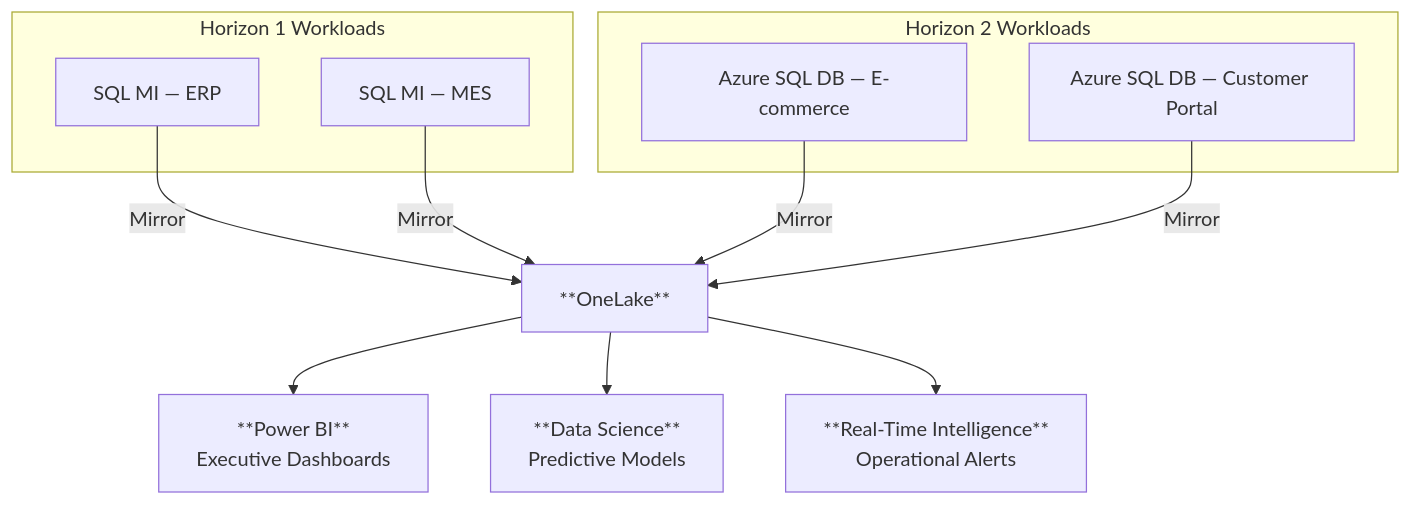
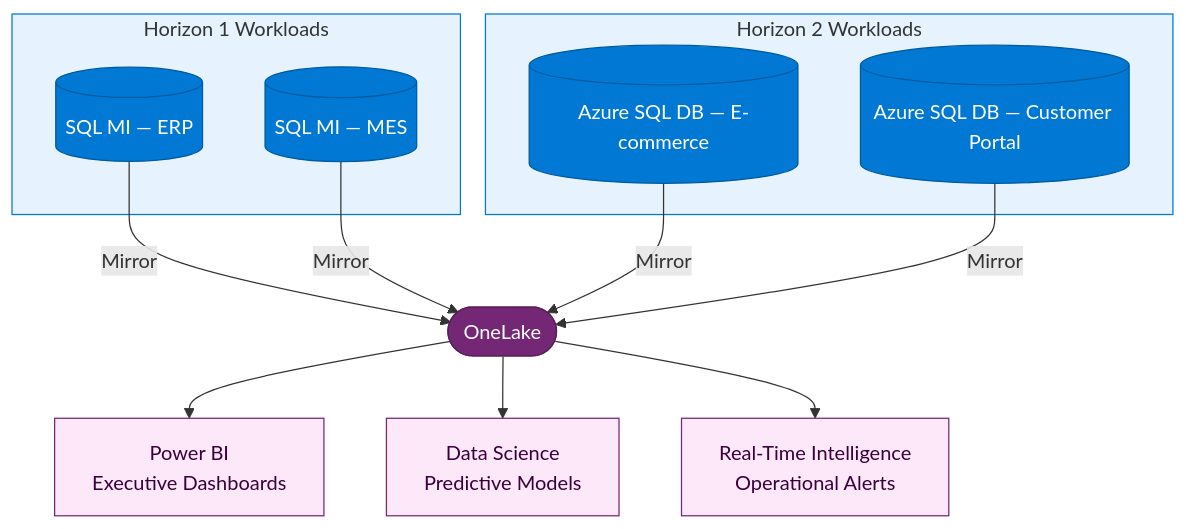
Before and after one commit to jonathan-vella/build-test: the diagram in site/src/content/docs/outcomes/index.md, drawn with Mermaid. The commit also changed 11 other files, not shown here.

````diff
--- a/site/src/content/docs/outcomes/index.md
+++ b/site/src/content/docs/outcomes/index.md
@@ -49,18 +49,27 @@
 ```mermaid
 graph TB
-  subgraph "Horizon 1 Workloads"
-    MI1["SQL MI — ERP"]
-    MI2["SQL MI — MES"]
+  classDef sql     fill:#0078d4,stroke:#005a9e,color:#fff
+  classDef onelake fill:#742774,stroke:#5a1e5a,color:#fff
+  classDef bi      fill:#fde8f9,stroke:#742774,color:#3a003a
+  subgraph h1["Horizon 1 Workloads"]
+    MI1[("SQL MI — ERP")]:::sql
+    MI2[("SQL MI — MES")]:::sql
   end
-  subgraph "Horizon 2 Workloads"
-    DB1["Azure SQL DB — E-commerce"]
-    DB2["Azure SQL DB — Customer Portal"]
+  subgraph h2["Horizon 2 Workloads"]
+    DB1[("Azure SQL DB — E-commerce")]:::sql
+    DB2[("Azure SQL DB — Customer Portal")]:::sql
   end
-  MI1 -->|"Mirror"| OL["**OneLake**"]
+  OL(["OneLake"]):::onelake
+  PBI["Power BI<br/>Executive Dashboards"]:::bi
+  DS["Data Science<br/>Predictive Models"]:::bi
+  RTI["Real-Time Intelligence<br/>Operational Alerts"]:::bi
+  MI1 -->|"Mirror"| OL
   MI2 -->|"Mirror"| OL
   DB1 -->|"Mirror"| OL
   DB2 -->|"Mirror"| OL
-  OL --> PBI["**Power BI**<br/>Executive Dashboards"]
-  OL --> DS["**Data Science**<br/>Predictive Models"]
-  OL --> RTI["**Real-Time Intelligence**<br/>Operational Alerts"]
+  OL --> PBI
+  OL --> DS
+  OL --> RTI
+  style h1 fill:#e6f3ff,stroke:#0078d4
+  style h2 fill:#e6f3ff,stroke:#0078d4
 ```
````
